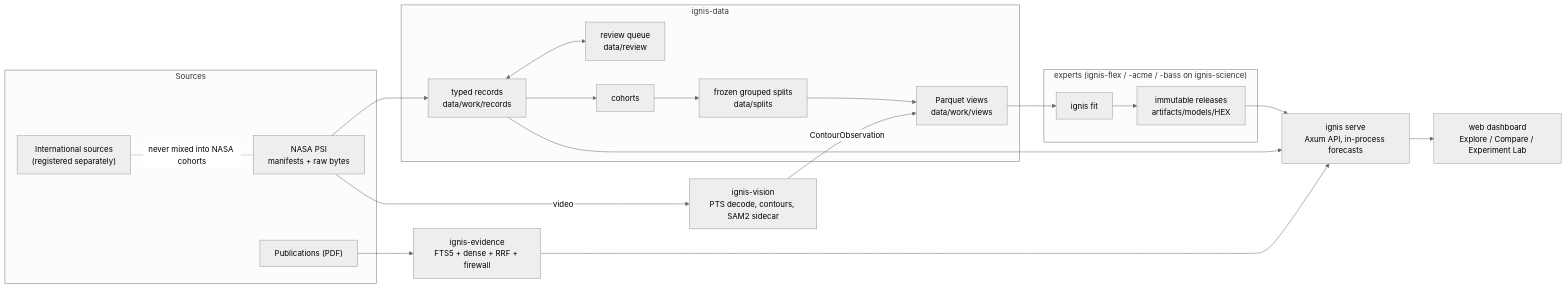
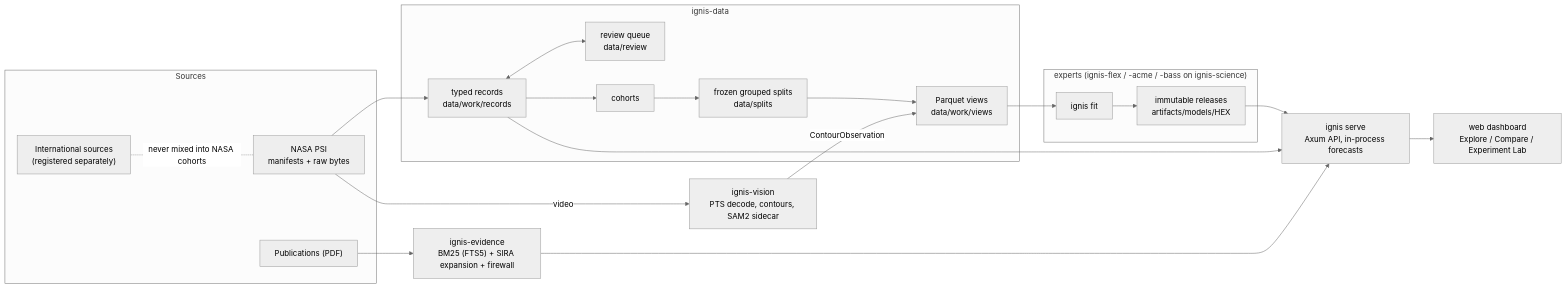
Before and after one commit to MirceaGodiac/ignis: the first of 2 diagrams in README.md, drawn with Mermaid (neutral theme). The commit also changed other lines of this file and 3 other files, not shown here.

First line of the commit message:
docs: retrieval moves to SIRA-style BM25 expansion; dense embeddings removed (R12, K2)

````diff
--- a/README.md
+++ b/README.md
@@ -38,34 +38,34 @@
 ```mermaid
 flowchart LR
     subgraph Sources
         PSI["NASA PSI<br/>manifests + raw bytes"]
         INTL["International sources<br/>(registered separately)"]
         PDF["Publications (PDF)"]
     end
     subgraph Curation["ignis-data"]
         REC["typed records<br/>data/work/records"]
         REV["review queue<br/>data/review"]
         COH["cohorts"]
         SPL["frozen grouped splits<br/>data/splits"]
         VIEW["Parquet views<br/>data/work/views"]
     end
     subgraph Experts["experts (ignis-flex / -acme / -bass on ignis-science)"]
         FIT["ignis fit"]
         REL["immutable releases<br/>artifacts/models/HEX"]
     end
     VIS["ignis-vision<br/>PTS decode, contours, SAM2 sidecar"]
-    EVI["ignis-evidence<br/>FTS5 + dense + RRF + firewall"]
+    EVI["ignis-evidence<br/>BM25 (FTS5) + SIRA expansion + firewall"]
     SRV["ignis serve<br/>Axum API, in-process forecasts"]
     WEB["web dashboard<br/>Explore / Compare / Experiment Lab"]
 
     PSI --> REC
     REC <--> REV
     REC --> COH --> SPL --> VIEW
     PSI -->|video| VIS -->|ContourObservation| VIEW
     VIEW --> FIT --> REL
     REL --> SRV
     REC --> SRV
     PDF --> EVI --> SRV
     SRV --> WEB
     INTL -.-|never mixed into NASA cohorts| PSI
 ```
````
